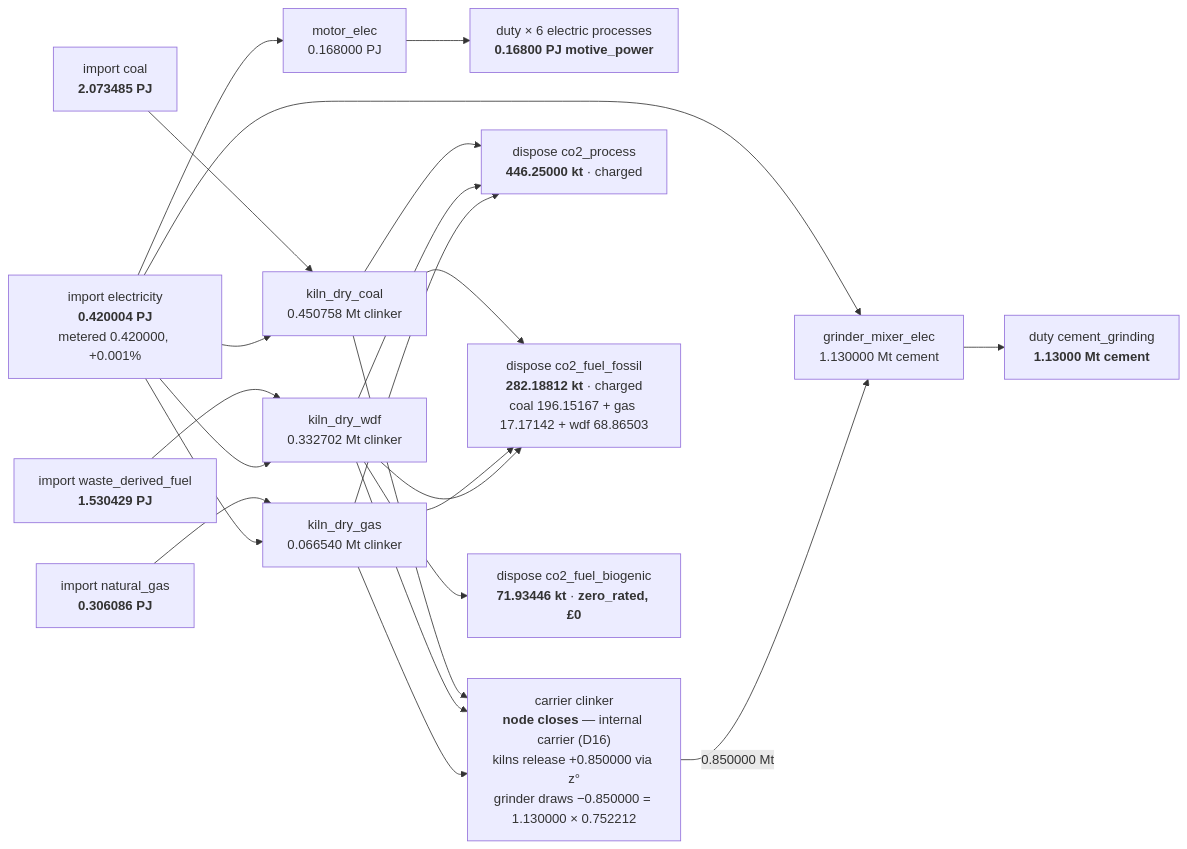
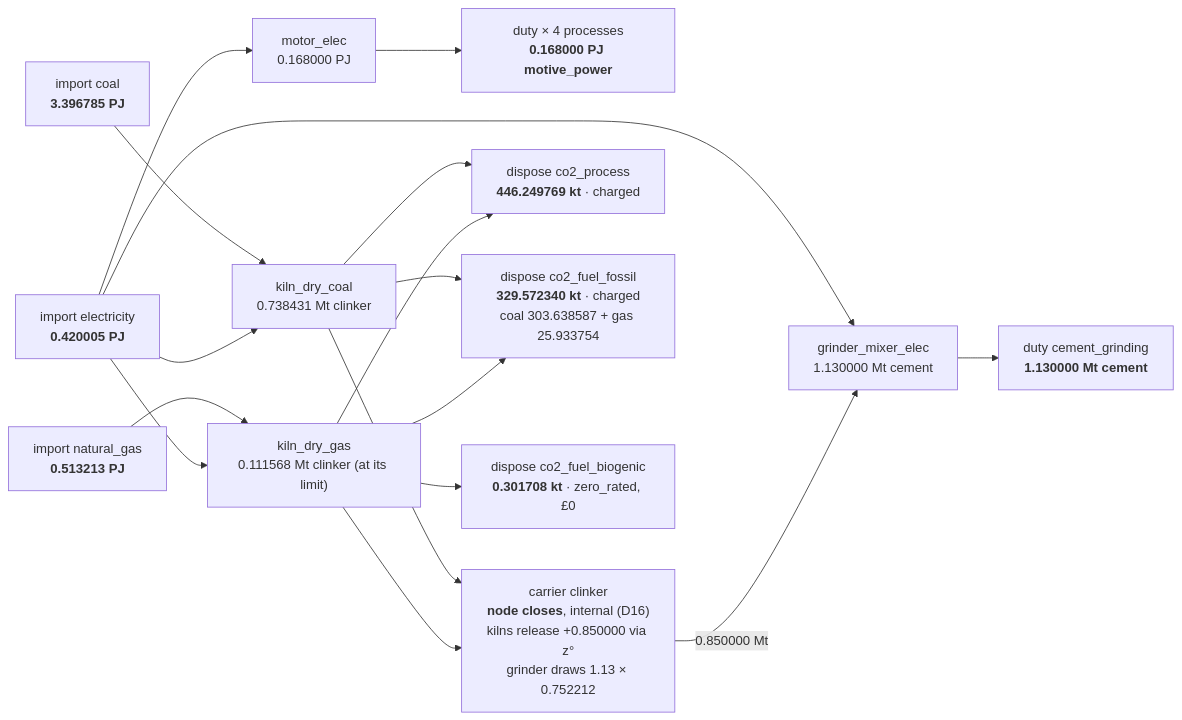
Before and after one commit to AlexandreLab/comit: the third of 7 diagrams in docs/notes/19_worked_example_data_flow.md, drawn with Mermaid. The commit also changed other lines of this file and 22 other files, not shown here.

````diff
--- a/docs/notes/19_worked_example_data_flow.md
+++ b/docs/notes/19_worked_example_data_flow.md
@@ -140,46 +137,37 @@
 ```mermaid
 flowchart LR
-  IC["import coal<br/><b>2.073485 PJ</b>"]
-  IG["import natural_gas<br/><b>0.306086 PJ</b>"]
-  IW["import waste_derived_fuel<br/><b>1.530429 PJ</b>"]
-  IE["import electricity<br/><b>0.420004 PJ</b><br/>metered 0.420000, +0.001%"]
+  IC["import coal<br/><b>3.396785 PJ</b>"]
+  IG["import natural_gas<br/><b>0.513213 PJ</b>"]
+  IE["import electricity<br/><b>0.420005 PJ</b>"]
 
-  KC["kiln_dry_coal<br/>0.450758 Mt clinker"]
-  KW["kiln_dry_wdf<br/>0.332702 Mt clinker"]
-  KG["kiln_dry_gas<br/>0.066540 Mt clinker"]
+  KC["kiln_dry_coal<br/>0.738431 Mt clinker"]
+  KG["kiln_dry_gas<br/>0.111568 Mt clinker (at its limit)"]
   GR["grinder_mixer_elec<br/>1.130000 Mt cement"]
   MO["motor_elec<br/>0.168000 PJ"]
 
-  DCEM["duty cement_grinding<br/><b>1.13000 Mt cement</b>"]
-  DMOT["duty × 6 electric processes<br/><b>0.16800 PJ motive_power</b>"]
+  DCEM["duty cement_grinding<br/><b>1.130000 Mt cement</b>"]
+  DMOT["duty × 4 processes<br/><b>0.168000 PJ motive_power</b>"]
 
-  CLK["carrier clinker<br/><b>node closes</b> — internal carrier (D16)<br/>kilns release +0.850000 via z°<br/>grinder draws −0.850000 = 1.130000 × 0.752212"]
+  CLK["carrier clinker<br/><b>node closes</b>, internal (D16)<br/>kilns release +0.850000 via z°<br/>grinder draws 1.13 × 0.752212"]
 
-  DP["dispose co2_process<br/><b>446.25000 kt</b> · charged"]
-  DF["dispose co2_fuel_fossil<br/><b>282.18812 kt</b> · charged<br/>coal 196.15167 + gas 17.17142 + wdf 68.86503"]
-  DB["dispose co2_fuel_biogenic<br/><b>71.93446 kt</b> · <b>zero_rated, £0</b>"]
+  DP["dispose co2_process<br/><b>446.249769 kt</b> · charged"]
+  DF["dispose co2_fuel_fossil<br/><b>329.572340 kt</b> · charged<br/>coal 303.638587 + gas 25.933754"]
+  DB["dispose co2_fuel_biogenic<br/><b>0.301708 kt</b> · zero_rated, £0"]
 
   IC --> KC
   IG --> KG
-  IW --> KW
   IE --> KC
-  IE --> KW
   IE --> KG
   IE --> GR
   IE --> MO
-
   KC --> CLK
-  KW --> CLK
   KG --> CLK
   GR --> DCEM
   MO --> DMOT
   CLK -->|"0.850000 Mt"| GR
-
   KC --> DP
-  KW --> DP
   KG --> DP
   KC --> DF
   KG --> DF
-  KW --> DF
-  KW --> DB
+  KG --> DB
 ```
````
